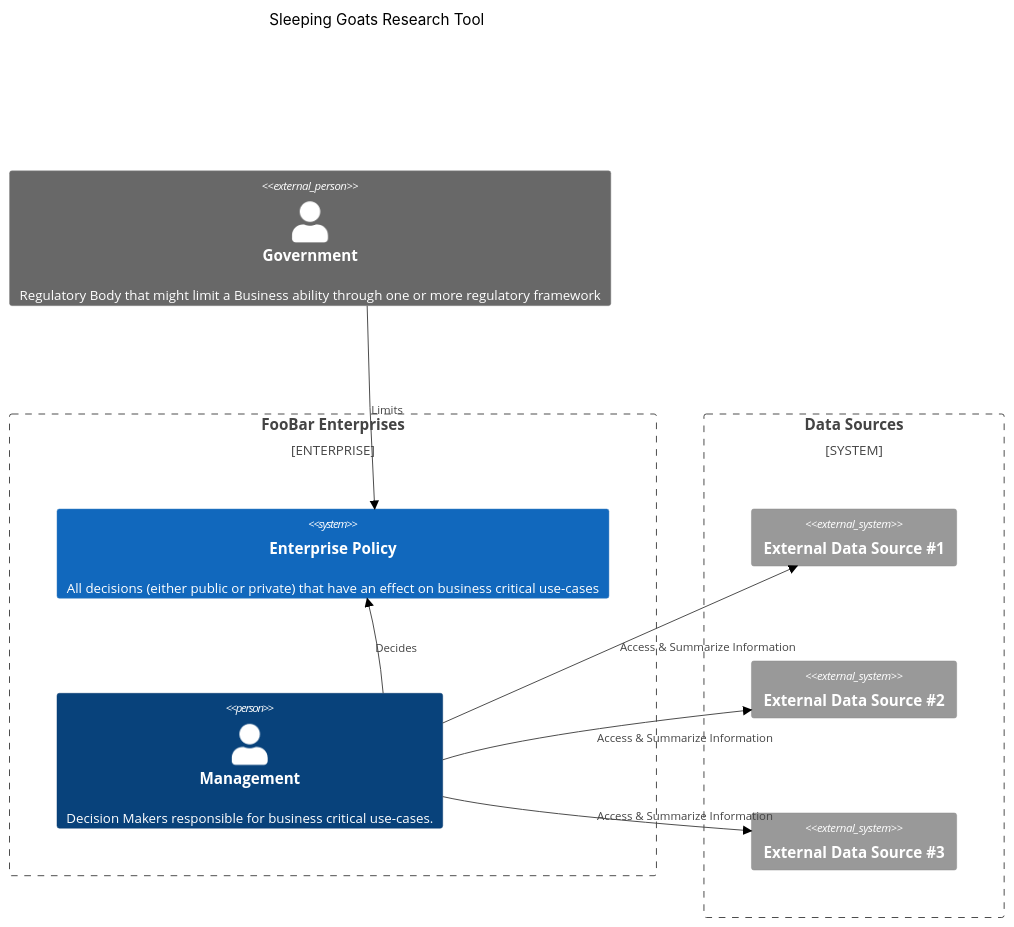
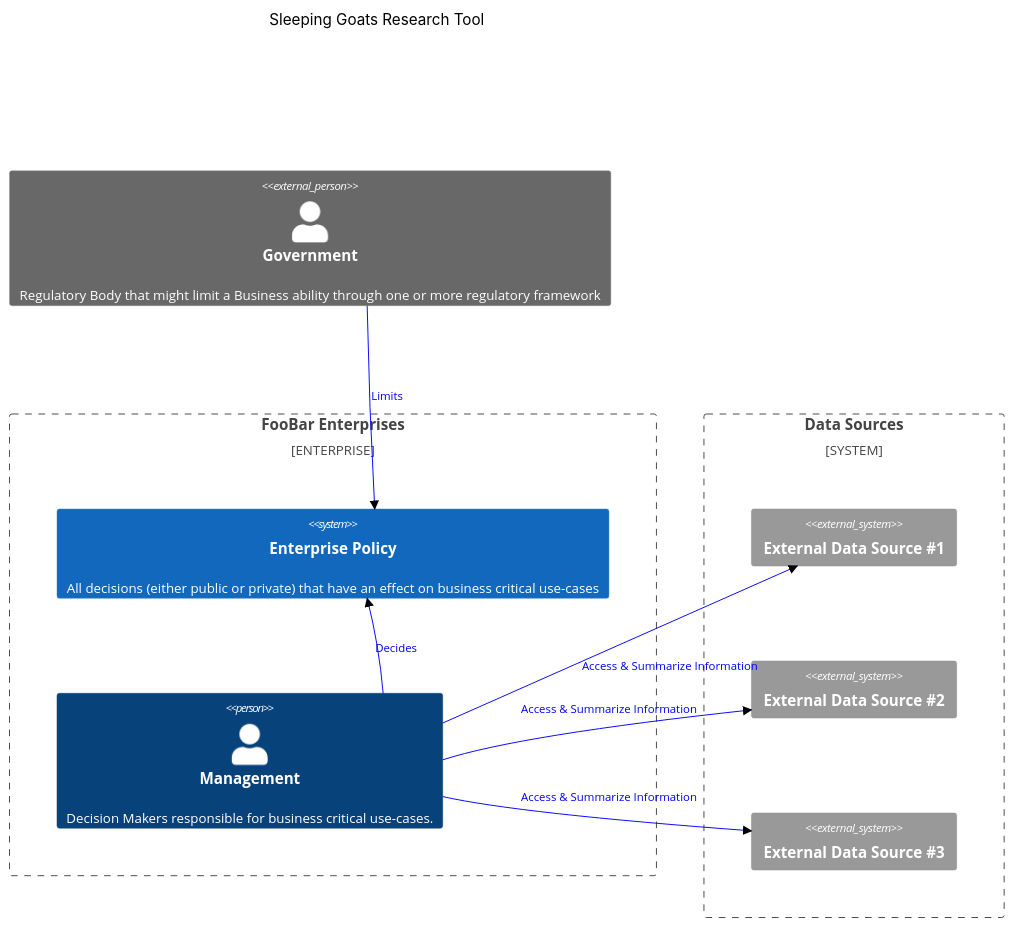
One commit to Sleeping-Goats/main changed the first of 2 diagrams in README.md. Above: the diagram before and after it, drawn with Mermaid (neutral theme). The commit also changed other lines of this file, not shown here.

````diff
--- a/README.md
+++ b/README.md
@@ -9,24 +9,28 @@
 ```mermaid
 C4Context
     title Sleeping Goats Research Tool
     Person_Ext(gGovernment, "Government", "Regulatory Body that might limit a Business ability through one or more regulatory framework")
-
 
     Enterprise_Boundary(b1, "FooBar Enterprises") {
         System(sPolicy, "Enterprise Policy", "All decisions (either public or private) that have an effect on business critical use-cases")
         Person(pManager, "Management", "Decision Makers responsible for business critical use-cases.")
     }
 
     System_Boundary(b3, "Data Sources") {
         System_Ext(s1, "External Data Source #1")
         System_Ext(s2, "External Data Source #2")
         System_Ext(s3, "External Data Source #3")
-
         Rel(pManager, s1, "Access & Summarize Information")
+        UpdateRelStyle(pManager, s1, $textColor="blue", $lineColor="blue", $offsetY="20", $offsetX="-40")
         Rel(pManager, s2, "Access & Summarize Information")
+        UpdateRelStyle(pManager, s2, $textColor="blue", $lineColor="blue", $offsetY="-30", $offsetX="-80")
         Rel(pManager, s3, "Access & Summarize Information")
+        UpdateRelStyle(pManager, s3, $textColor="blue", $lineColor="blue", $offsetY="-20", $offsetX="-80")
     }
 
     Rel(gGovernment, sPolicy, "Limits")
+    UpdateRelStyle(gGovernment, sPolicy, $textColor="blue", $lineColor="blue", $offsetY="-15")
     Rel(pManager, sPolicy, "Decides")
+    UpdateRelStyle(pManager, sPolicy, $textColor="blue", $lineColor="blue")
+
 ```
````
